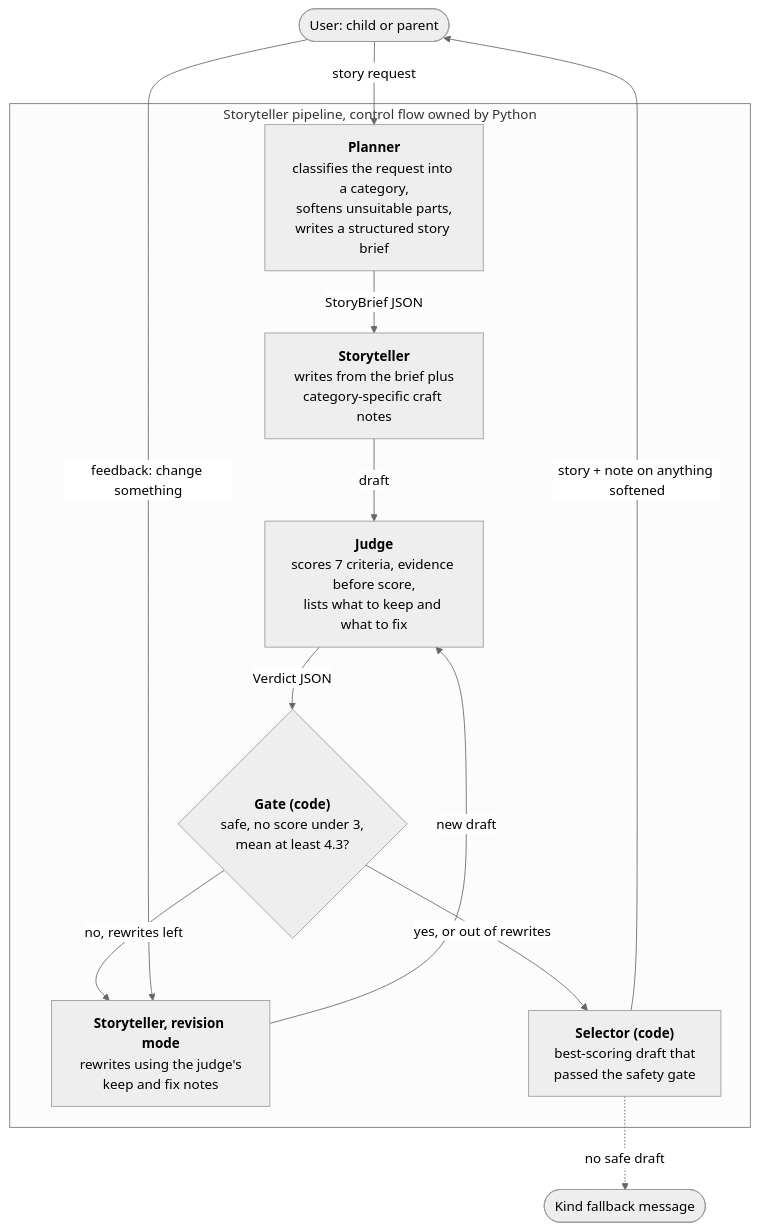
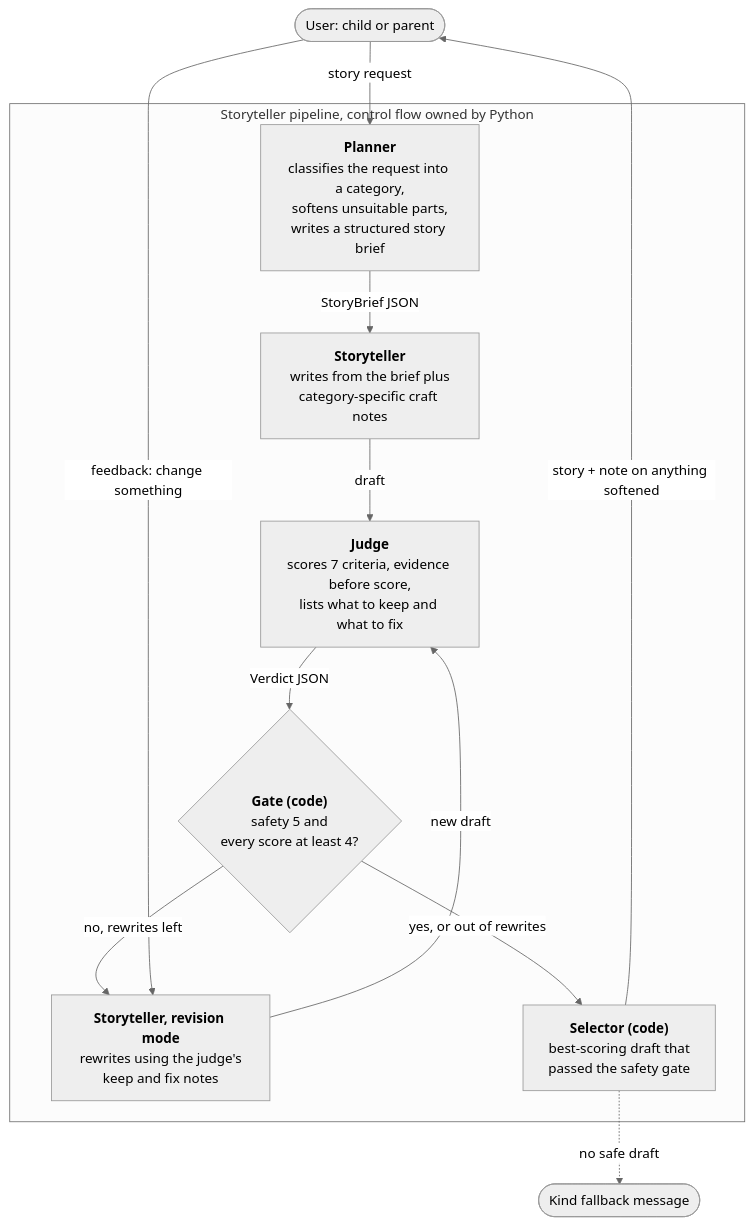
Before and after one commit to udsy19/hippocraticai-take-home: the diagram in README.md, drawn with Mermaid (neutral theme). The commit also changed other lines of this file and 7 other files, not shown here.

````diff
--- a/README.md
+++ b/README.md
@@ -46,24 +58,24 @@
 ```mermaid
 flowchart TD
     U([User: child or parent]) -->|story request| P
 
     subgraph Pipeline [Storyteller pipeline, control flow owned by Python]
         P["<b>Planner</b><br/>classifies the request into a category,<br/>softens unsuitable parts,<br/>writes a structured story brief"]
         W["<b>Storyteller</b><br/>writes from the brief plus<br/>category-specific craft notes"]
         J["<b>Judge</b><br/>scores 7 criteria, evidence before score,<br/>lists what to keep and what to fix"]
-        G{"<b>Gate (code)</b><br/>safe, no score under 3,<br/>mean at least 4.3?"}
+        G{"<b>Gate (code)</b><br/>safety 5 and<br/>every score at least 4?"}
         R["<b>Storyteller, revision mode</b><br/>rewrites using the judge's<br/>keep and fix notes"]
         B["<b>Selector (code)</b><br/>best-scoring draft that<br/>passed the safety gate"]
 
         P -->|StoryBrief JSON| W
         W -->|draft| J
         J -->|Verdict JSON| G
         G -->|no, rewrites left| R
         R -->|new draft| J
         G -->|yes, or out of rewrites| B
     end
 
     B -->|story + note on anything softened| U
     B -.->|no safe draft| S([Kind fallback message])
     U -->|"feedback: change something"| R
 ```
````
